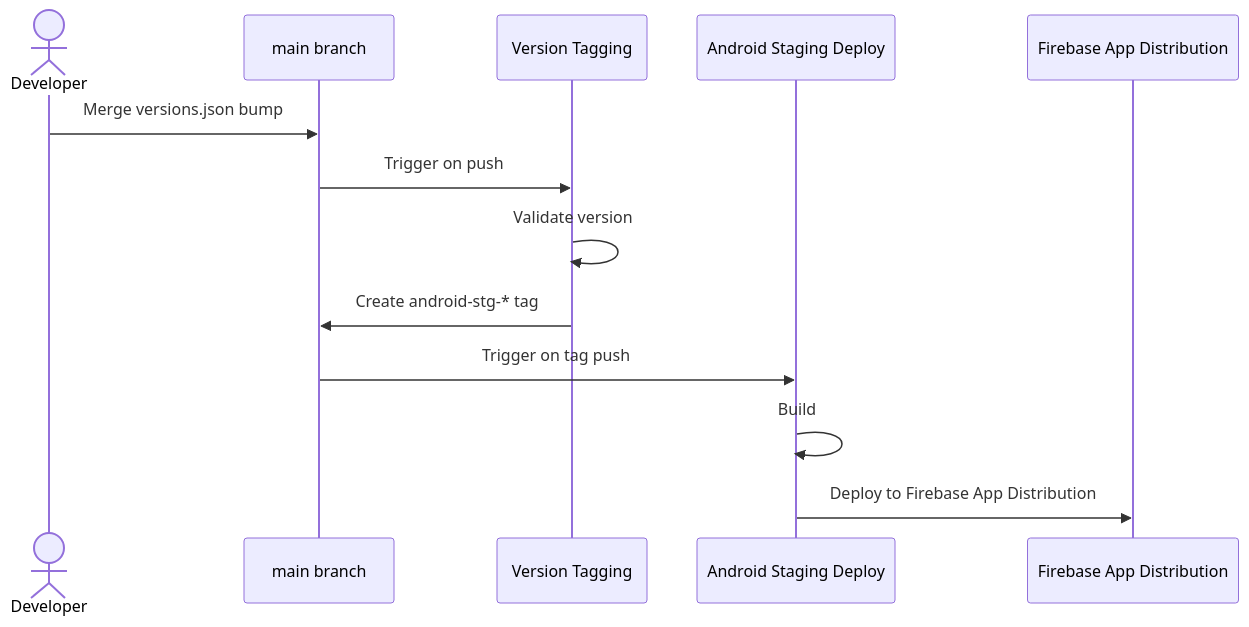
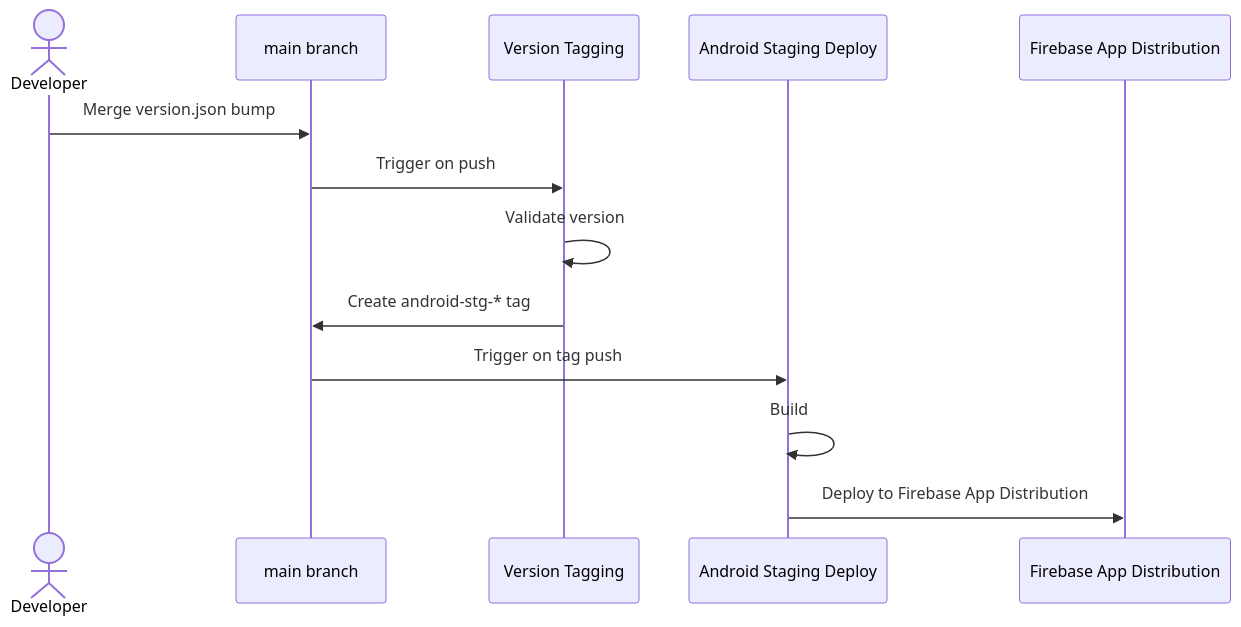
The diagram in DEPLOY.md (fujidaiti/byas), drawn with Mermaid before and after one commit. The commit also changed other lines of this file and 3 other files, not shown here.

First line of the commit message:
Bump versions via a per-platform version.json

````diff
--- a/DEPLOY.md
+++ b/DEPLOY.md
@@ -8,16 +8,16 @@
 ```mermaid
 sequenceDiagram
     actor Dev as Developer
     participant Main as main branch
     participant Tag as Version Tagging
     participant Deploy as Android Staging Deploy
     participant Firebase as Firebase App Distribution
 
-    Dev->>Main: Merge versions.json bump
+    Dev->>Main: Merge version.json bump
     Main->>Tag: Trigger on push
     Tag->>Tag: Validate version
     Tag->>Main: Create android-stg-* tag
     Main->>Deploy: Trigger on tag push
     Deploy->>Deploy: Build
     Deploy->>Firebase: Deploy to Firebase App Distribution
 ```
````
